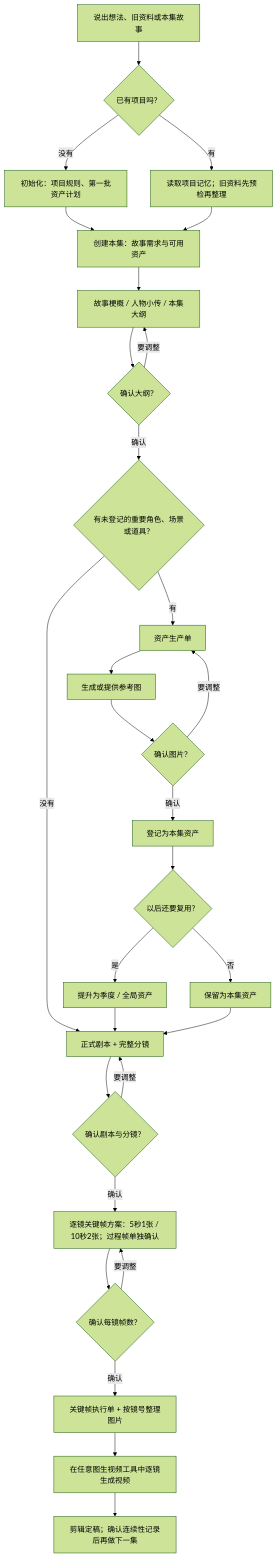
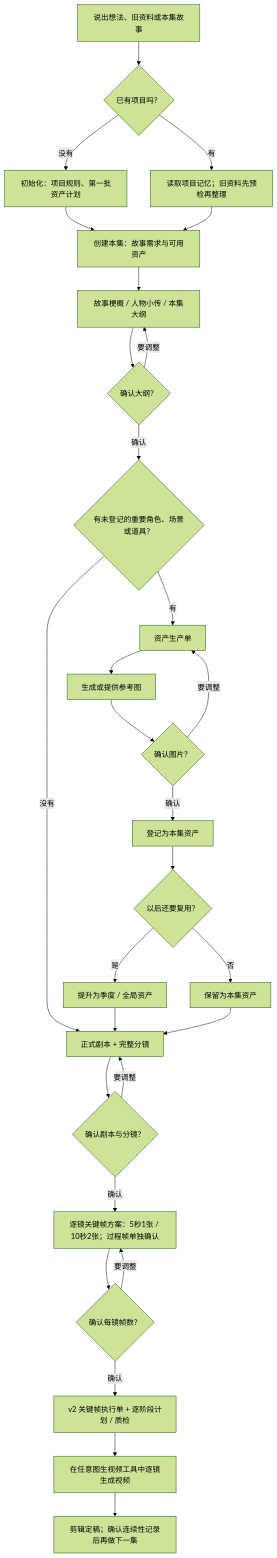
One commit to jimtracy1007/short-drama-butler changed the diagram in README.md. Above: the diagram before and after it, drawn with Mermaid (forest theme). The commit also changed other lines of this file and 4 other files, not shown here.

````diff
--- a/README.md
+++ b/README.md
@@ -24,31 +24,31 @@
 ```mermaid
 flowchart TD
     A["说出想法、旧资料或本集故事"] --> B{"已有项目吗？"}
     B -->|没有| C["初始化：项目规则、第一批资产计划"]
     B -->|有| D["读取项目记忆；旧资料先预检再整理"]
     C --> E["创建本集：故事需求与可用资产"]
     D --> E
     E --> F["故事梗概 / 人物小传 / 本集大纲"]
     F --> G{"确认大纲？"}
     G -->|要调整| F
     G -->|确认| H{"有未登记的重要角色、场景或道具？"}
     H -->|有| I["资产生产单"]
     I --> J["生成或提供参考图"]
     J --> K{"确认图片？"}
     K -->|要调整| I
     K -->|确认| L["登记为本集资产"]
     L --> M{"以后还要复用？"}
     M -->|是| N["提升为季度 / 全局资产"]
     M -->|否| O["保留为本集资产"]
     H -->|没有| P["正式剧本 + 完整分镜"]
     N --> P
     O --> P
     P --> Q{"确认剧本与分镜？"}
     Q -->|要调整| P
     Q -->|确认| R["逐镜关键帧方案：5秒1张 / 10秒2张；过程帧单独确认"]
     R --> S{"确认每镜帧数？"}
     S -->|要调整| R
-    S -->|确认| T["关键帧执行单 + 按镜号整理图片"]
+    S -->|确认| T["v2 关键帧执行单 + 逐阶段计划 / 质检"]
     T --> U["在任意图生视频工具中逐镜生成视频"]
     U --> V["剪辑定稿；确认连续性记录后再做下一集"]
 ```
````
